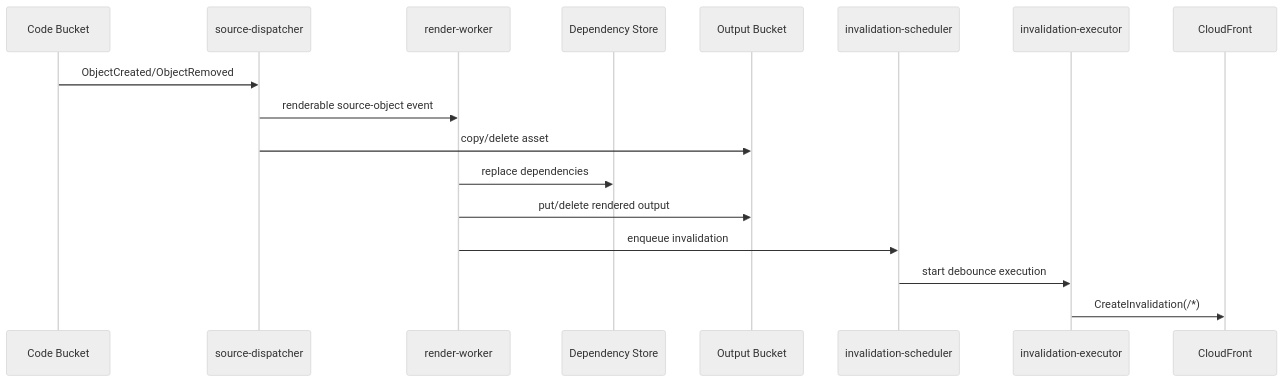
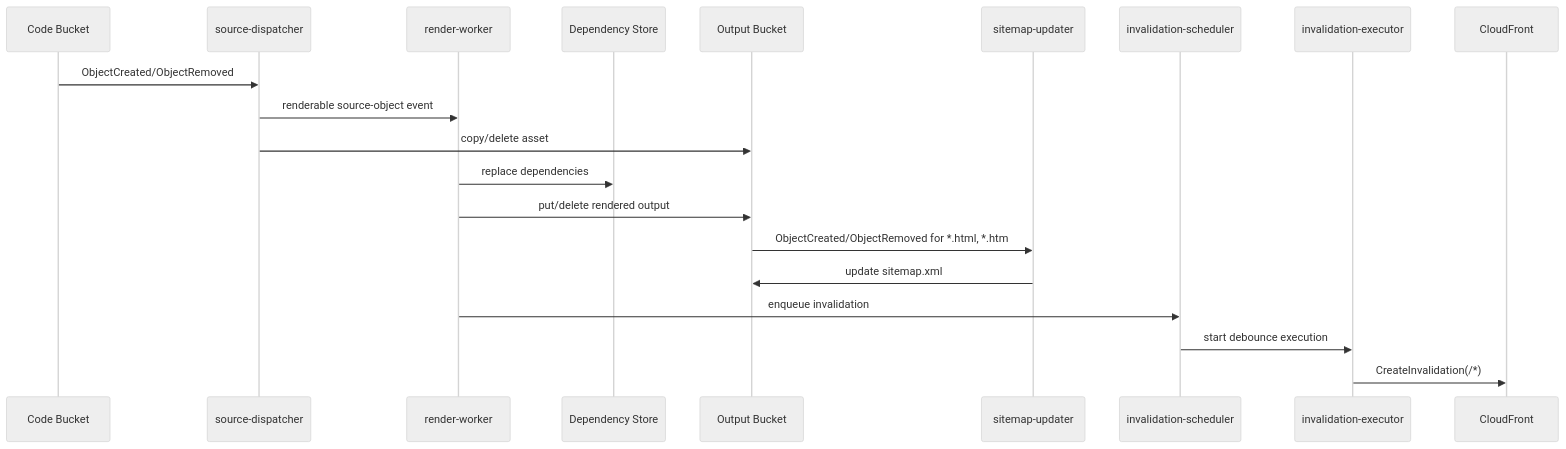
The third of 3 diagrams in docs/aws-runtime.md (ProjectDocHelp/S3TemplateEngine), drawn with Mermaid (neutral theme) before and after one commit. The commit also changed other lines of this file and 29 other files, not shown here.

````diff
--- a/docs/aws-runtime.md
+++ b/docs/aws-runtime.md
@@ -245,20 +274,23 @@
 ```mermaid
 sequenceDiagram
   participant S3 as Code Bucket
   participant D as source-dispatcher
   participant W as render-worker
   participant T as Dependency Store
   participant O as Output Bucket
+  participant SM as sitemap-updater
   participant I as invalidation-scheduler
   participant E as invalidation-executor
   participant CF as CloudFront
 
   S3->>D: ObjectCreated/ObjectRemoved
   D->>W: renderable source-object event
   D->>O: copy/delete asset
   W->>T: replace dependencies
   W->>O: put/delete rendered output
+  O->>SM: ObjectCreated/ObjectRemoved for *.html, *.htm
+  SM->>O: update sitemap.xml
   W->>I: enqueue invalidation
   I->>E: start debounce execution
   E->>CF: CreateInvalidation(/*)
 ```
````
